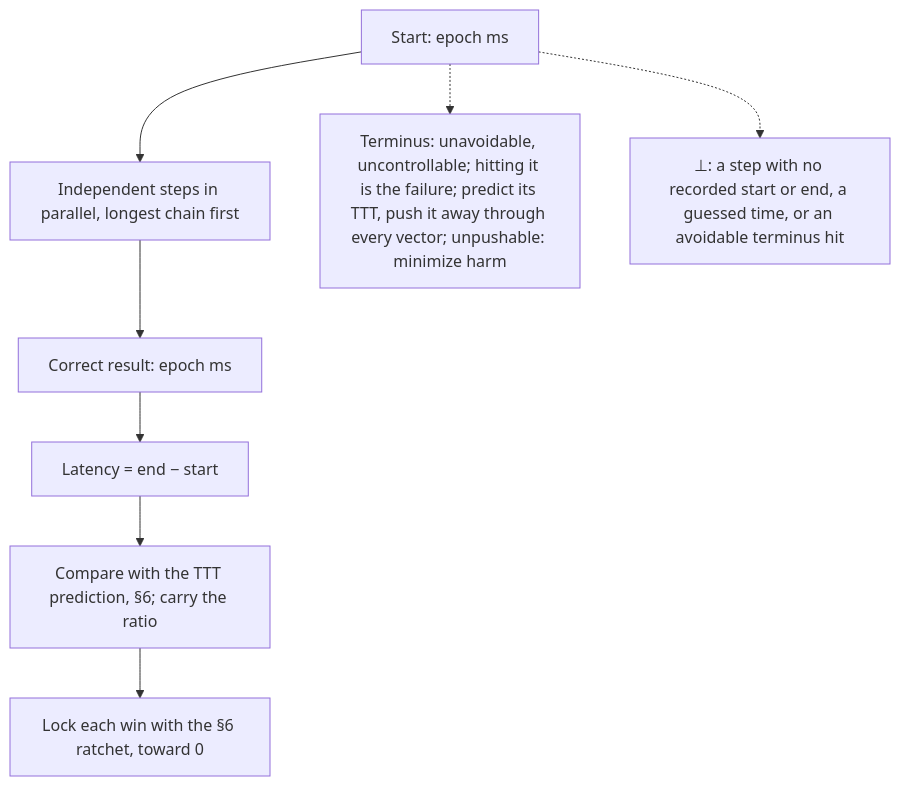
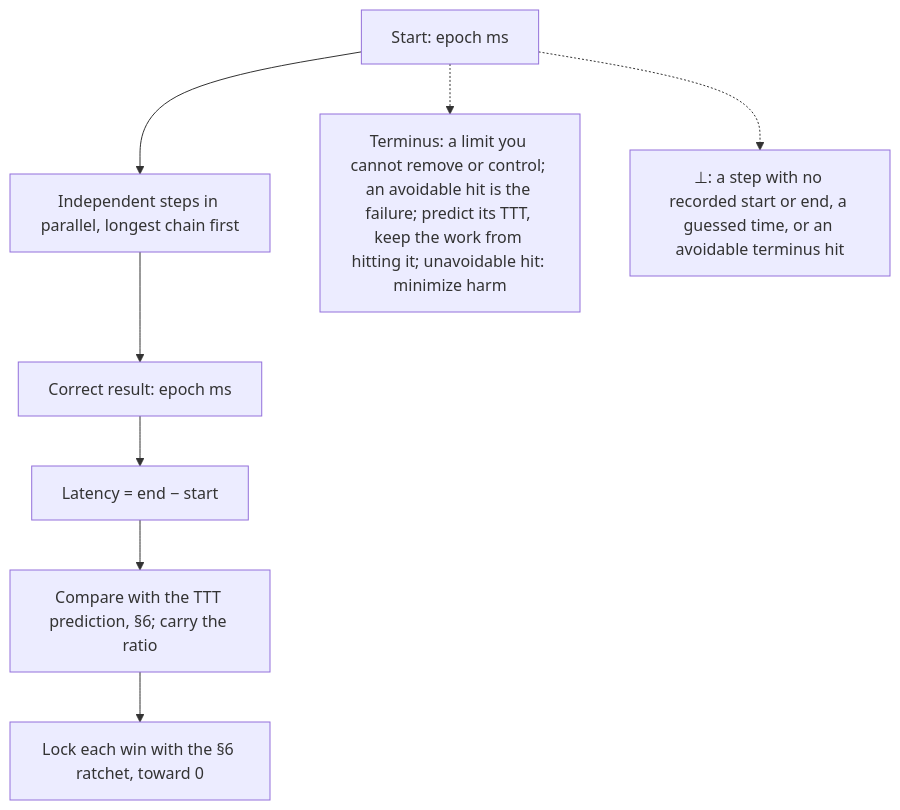
Before and after one commit to SolenixAI/arbiter: the eighth of 14 diagrams in AGENTS.md, drawn with Mermaid. The commit also changed other lines of this file and 2 other files, not shown here.

Commit message:
fix(agents): terminus is a limit you cannot remove or control, an avoidable hit fails; frontier stops discovery in the formula; no-tools gap is the tool the goal needs

````diff
--- a/AGENTS.md
+++ b/AGENTS.md
@@ -300,7 +301,7 @@
 ```mermaid
 flowchart TD
   S["Start: epoch ms"] --> P["Independent steps in parallel, longest chain first"] --> R["Correct result: epoch ms"] --> L["Latency = end − start"]
   L --> C["Compare with the TTT prediction, §6; carry the ratio"] --> FB["Lock each win with the §6 ratchet, toward 0"]
-  S -.-> TM["Terminus: unavoidable, uncontrollable; hitting it is the failure; predict its TTT, push it away through every vector; unpushable: minimize harm"]
+  S -.-> TM["Terminus: a limit you cannot remove or control; an avoidable hit is the failure; predict its TTT, keep the work from hitting it; unavoidable hit: minimize harm"]
   S -.-> BOT["⊥: a step with no recorded start or end, a guessed time, or an avoidable terminus hit"]
 ```
````
